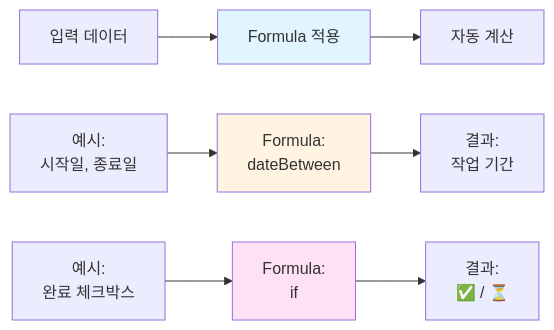
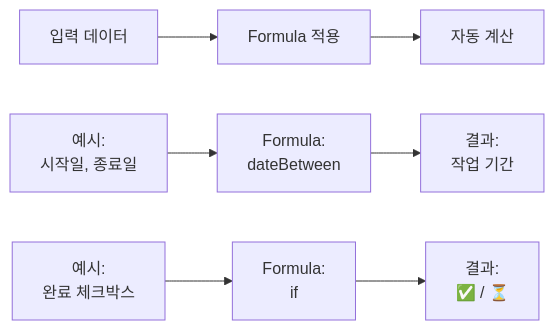
One commit to nugurejeil/weniVooks changed the second of 10 diagrams in _md/genai-notion/chapter09/09-3.md. Above: the diagram before and after it, drawn with Mermaid. The commit also changed other lines of this file and 187 other files, not shown here.

````diff
--- a/_md/genai-notion/chapter09/09-3.md
+++ b/_md/genai-notion/chapter09/09-3.md
@@ -50,15 +50,11 @@
 ```mermaid
 flowchart LR
     A[입력 데이터] --> B[Formula 적용]
     B --> C[자동 계산]
 
     D[예시:<br/>시작일, 종료일] --> E[Formula:<br/>dateBetween]
     E --> F[결과:<br/>작업 기간]
 
     G[예시:<br/>완료 체크박스] --> H[Formula:<br/>if]
     H --> I[결과:<br/>✅ / ⏳]
-
-    style B fill:#e1f5ff
-    style E fill:#fff4e1
-    style H fill:#ffe1f5
 ```
````
